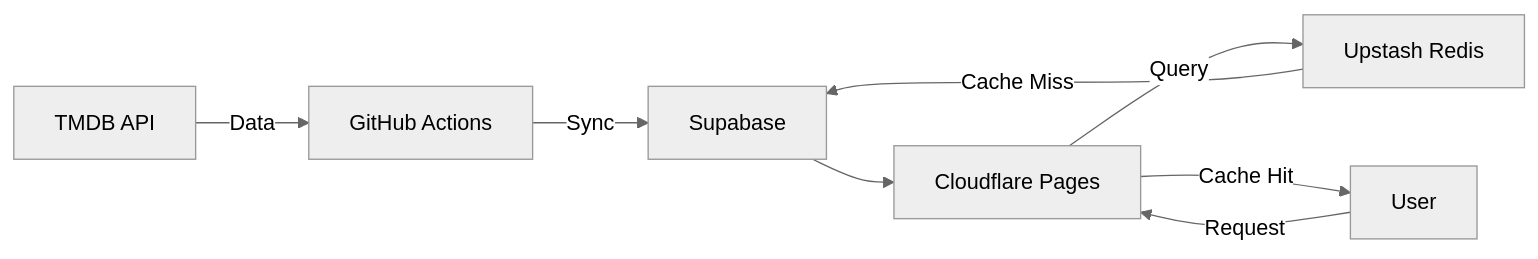
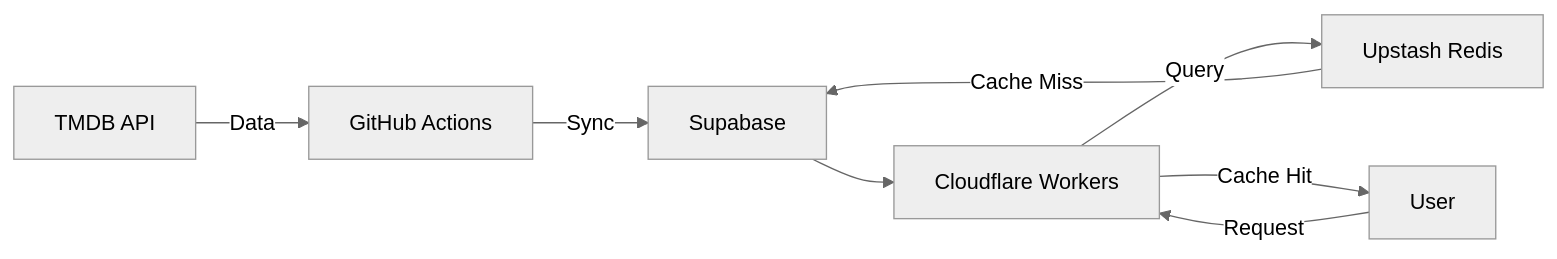
One commit to mdsarfarazalam840/freemoviesuggestion changed the diagram in README.md. Above: the diagram before and after it, drawn with Mermaid (neutral theme). The commit also changed other lines of this file and 10 other files, not shown here.

````diff
--- a/README.md
+++ b/README.md
@@ -27,10 +51,10 @@
 ```mermaid
 graph LR
     GH[GitHub Actions] --> |Sync| SB[Supabase]
     TMDB[TMDB API] --> |Data| GH
-    U[User] --> |Request| CP[Cloudflare Pages]
+    U[User] --> |Request| CP[Cloudflare Workers]
     CP --> |Query| UR[Upstash Redis]
     UR --> |Cache Miss| SB
     SB --> CP
     CP --> |Cache Hit| U
 ```
````
